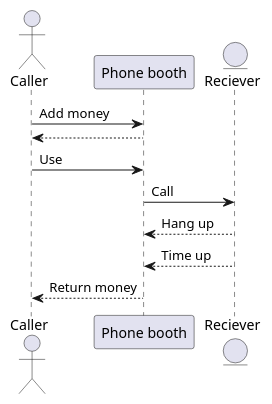
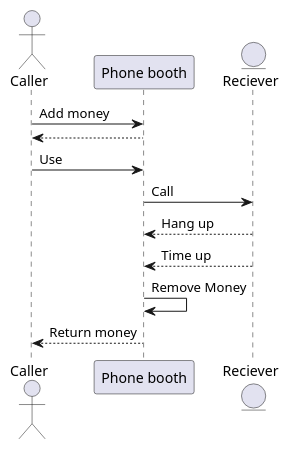
One commit to CPNV-ES/UML1-BJV changed the diagram in documentation/Sequence-publiphone.puml. Above: the diagram before and after it, drawn with PlantUML. The commit also changed 1 other file, not shown here.

Commit message:
push diagrams

```diff
--- a/documentation/Sequence-publiphone.puml
+++ b/documentation/Sequence-publiphone.puml
@@ -1,14 +1,15 @@
 @startuml
 
 actor Caller
 participant "Phone booth" as phone
 entity Reciever
 
 Caller -> phone : Add money
 phone --> Caller
 Caller -> phone : Use
 phone -> Reciever : Call
 Reciever --> phone : Hang up
 Reciever --> phone : Time up
+phone -> phone : Remove Money
 phone --> Caller : Return money
 @enduml
```
